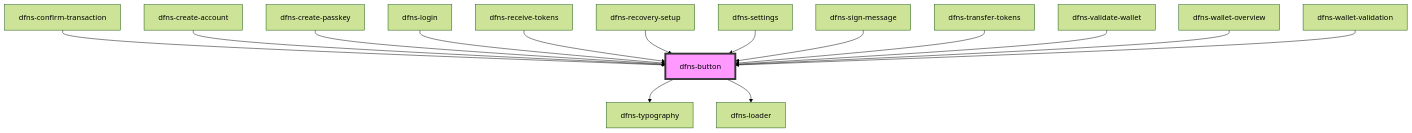
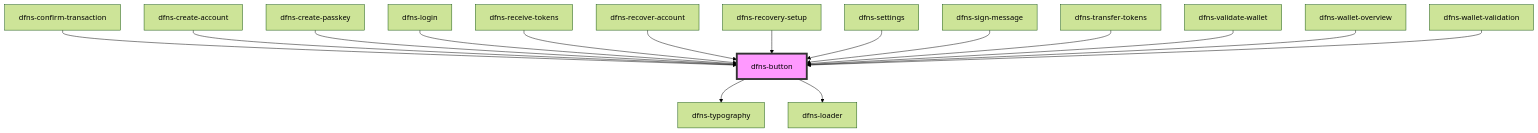
The diagram in src/components/Elements/Buttons/dfns-button/readme.md (dfnsext/web-ui), drawn with Mermaid (forest theme) before and after one commit. The commit also changed other lines of this file and 8 other files, not shown here.

Commit message:
WIP - Recover account UI

````diff
--- a/src/components/Elements/Buttons/dfns-button/readme.md
+++ b/src/components/Elements/Buttons/dfns-button/readme.md
@@ -57,18 +58,19 @@
 ```mermaid
 graph TD;
   dfns-button --> dfns-typography
   dfns-button --> dfns-loader
   dfns-confirm-transaction --> dfns-button
   dfns-create-account --> dfns-button
   dfns-create-passkey --> dfns-button
   dfns-login --> dfns-button
   dfns-receive-tokens --> dfns-button
+  dfns-recover-account --> dfns-button
   dfns-recovery-setup --> dfns-button
   dfns-settings --> dfns-button
   dfns-sign-message --> dfns-button
   dfns-transfer-tokens --> dfns-button
   dfns-validate-wallet --> dfns-button
   dfns-wallet-overview --> dfns-button
   dfns-wallet-validation --> dfns-button
   style dfns-button fill:#f9f,stroke:#333,stroke-width:4px
 ```
````
